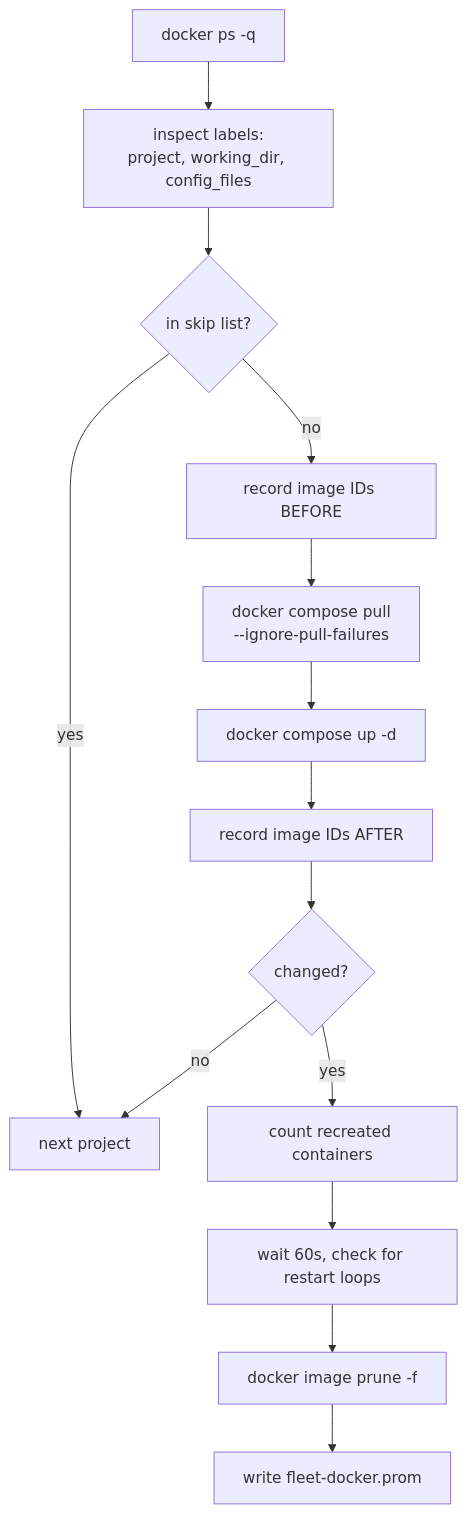
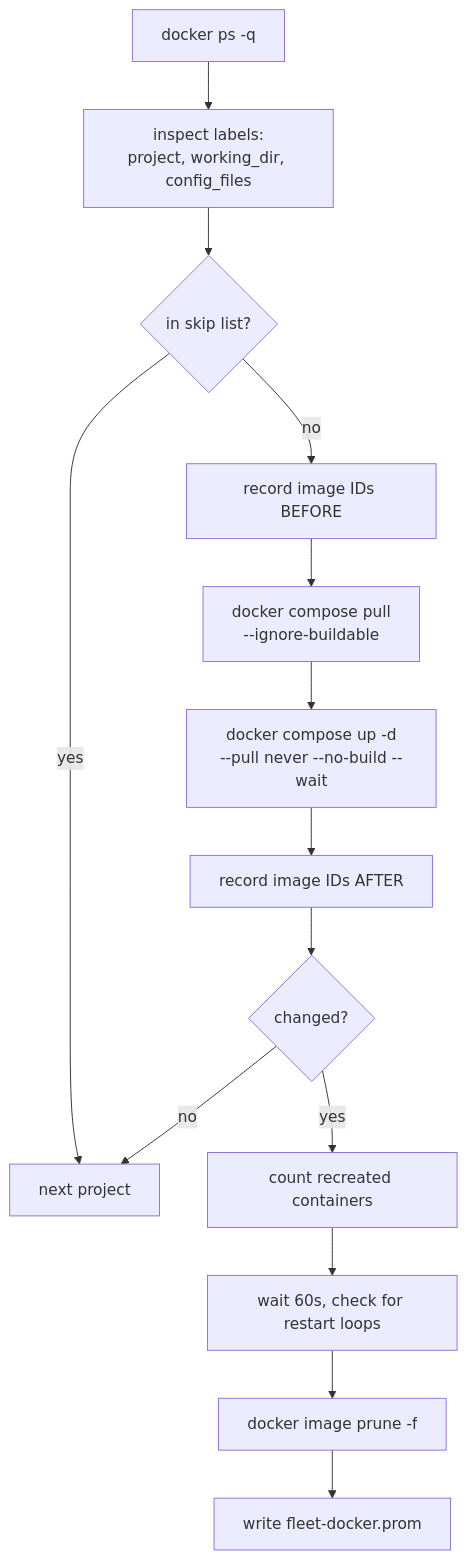
One commit to HarshitRuwali/homelab-infra changed the diagram in ansible/docs/fleet/container-updates.md. Above: the diagram before and after it, drawn with Mermaid. The commit also changed other lines of this file and 49 other files, not shown here.

````diff
--- a/ansible/docs/fleet/container-updates.md
+++ b/ansible/docs/fleet/container-updates.md
@@ -73,16 +73,16 @@
 ```mermaid
 flowchart TD
     A["docker ps -q"] --> B["inspect labels:<br/>project, working_dir, config_files"]
     B --> C{"in skip list?"}
     C -->|yes| Z["next project"]
     C -->|no| D["record image IDs BEFORE"]
-    D --> E["docker compose pull<br/>--ignore-pull-failures"]
-    E --> F["docker compose up -d"]
+    D --> E["docker compose pull<br/>--ignore-buildable"]
+    E --> F["docker compose up -d<br/>--pull never --no-build --wait"]
     F --> G["record image IDs AFTER"]
     G --> H{"changed?"}
     H -->|yes| I["count recreated containers"]
     H -->|no| Z
     I --> J["wait 60s, check for restart loops"]
     J --> K["docker image prune -f"]
     K --> L["write fleet-docker.prom"]
 ```
````
